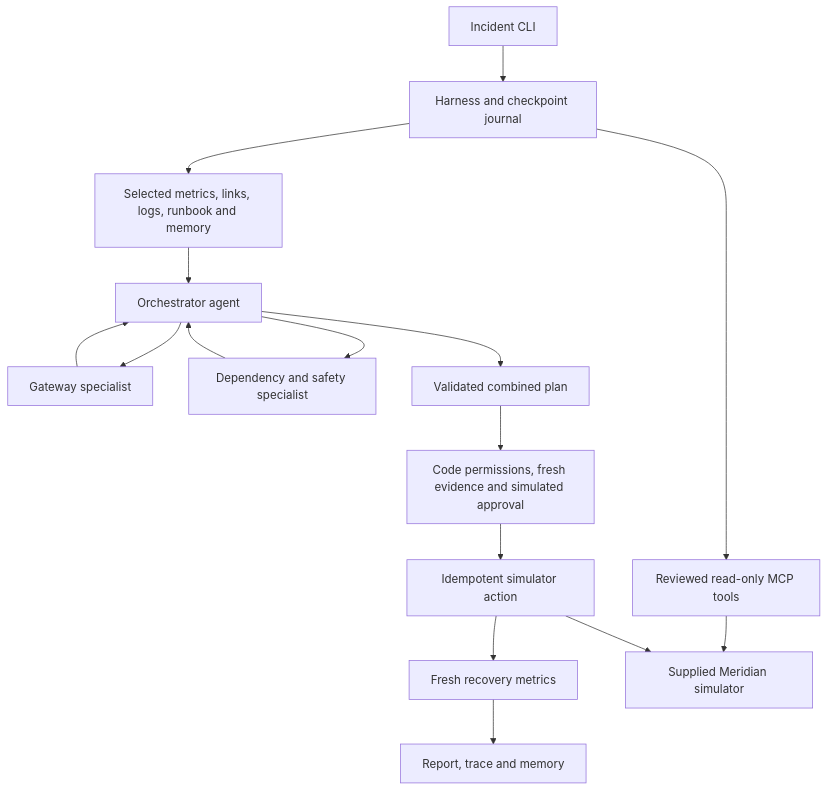
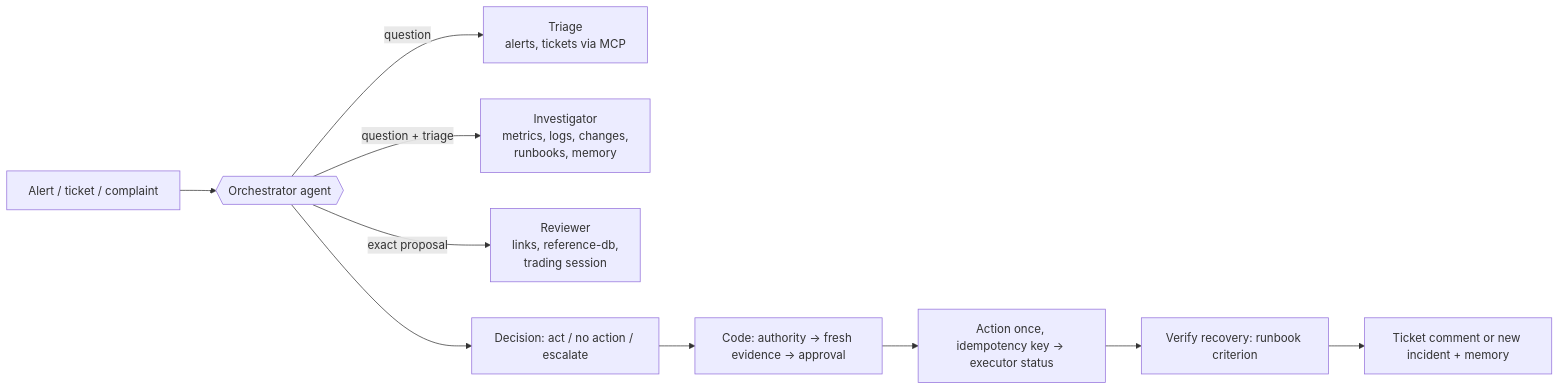
Before and after one commit to Andre-Faria-9170113/Meridian-Exchange-agentic-incident-response: the diagram in README.md, drawn with Mermaid. The commit also changed other lines of this file and 19 other files, not shown here.

````diff
--- a/README.md
+++ b/README.md
@@ -41,18 +53,12 @@
 ```mermaid
-flowchart TD
-    CLI[Incident CLI] --> Harness[Harness and checkpoint journal]
-    Harness --> Context[Selected metrics, links, logs, runbook and memory]
-    Context --> Orchestrator[Orchestrator agent]
-    Orchestrator --> Investigator[Gateway specialist]
-    Investigator --> Orchestrator
-    Orchestrator --> Reviewer[Dependency and safety specialist]
-    Reviewer --> Orchestrator
-    Orchestrator --> Plan[Validated combined plan]
-    Plan --> Policy[Code permissions, fresh evidence and simulated approval]
-    Policy --> Executor[Idempotent simulator action]
-    Executor --> Verification[Fresh recovery metrics]
-    Verification --> Report[Report, trace and memory]
-    Harness --> MCP[Reviewed read-only MCP tools]
-    MCP --> Simulator[Supplied Meridian simulator]
-    Executor --> Simulator
+flowchart LR
+    I[Alert / ticket / complaint] --> O{{Orchestrator agent}}
+    O -->|question| T[Triage<br/>alerts, tickets via MCP]
+    O -->|question + triage| V[Investigator<br/>metrics, logs, changes,<br/>runbooks, memory]
+    O -->|exact proposal| R[Reviewer<br/>links, reference-db,<br/>trading session]
+    O --> D[Decision: act / no action / escalate]
+    D --> C[Code: authority -> fresh evidence -> approval]
+    C --> X[Action once, idempotency key -> executor status]
+    X --> W[Verify recovery: runbook criterion]
+    W --> K[Ticket comment or new incident + memory]
 ```
````
